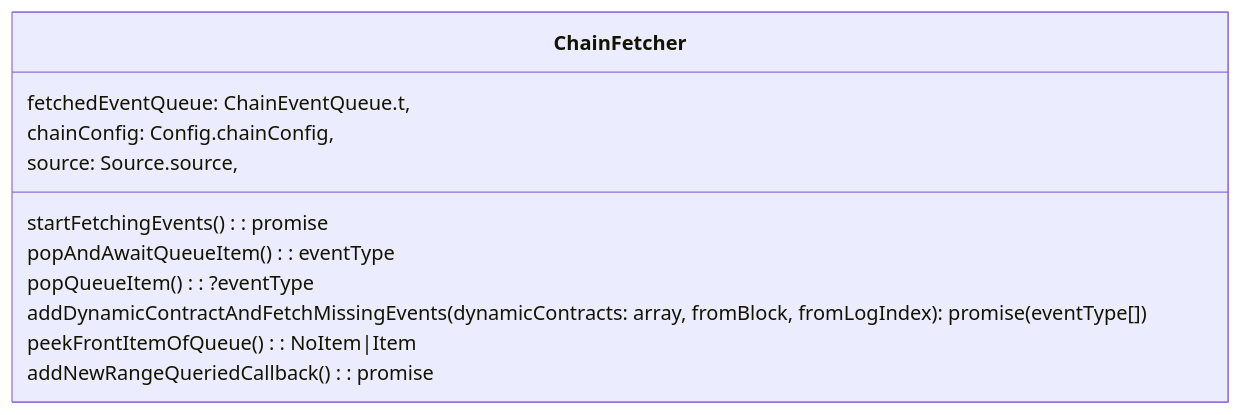
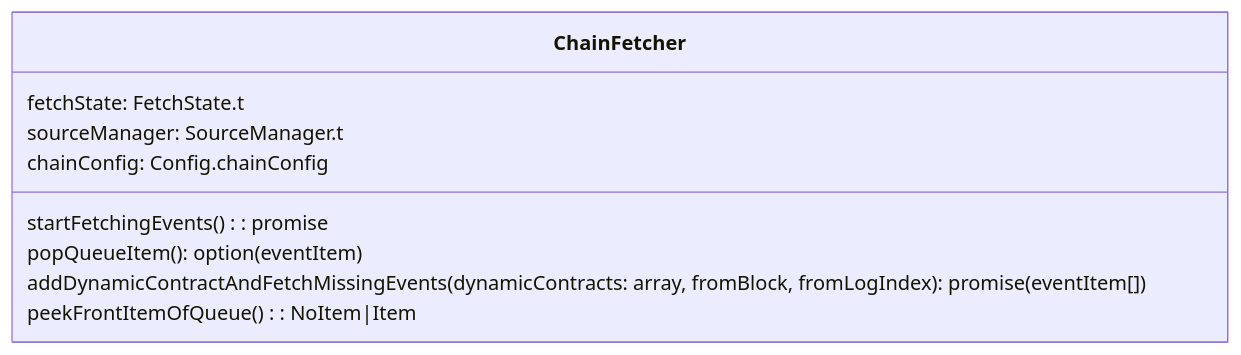
The second of 3 diagrams in internal_docs/EventFetchers.md (enviodev/hyperindex), drawn with Mermaid before and after one commit. The commit also changed other lines of this file and 3 other files, not shown here.

````diff
--- a/internal_docs/EventFetchers.md
+++ b/internal_docs/EventFetchers.md
@@ -31,15 +27,13 @@
 ```mermaid
 classDiagram
   class ChainFetcher {
-    fetchedEventQueue: ChainEventQueue.t,
-    chainConfig: Config.chainConfig,
-    source: Source.source,
+    fetchState: FetchState.t
+    sourceManager: SourceManager.t
+    chainConfig: Config.chainConfig
 
     startFetchingEvents(): promise
-    popAndAwaitQueueItem(): eventType
-    popQueueItem(): ?eventType
-    addDynamicContractAndFetchMissingEvents(dynamicContracts: array, fromBlock, fromLogIndex): promise(eventType[])
+    popQueueItem(): option(eventItem)
+    addDynamicContractAndFetchMissingEvents(dynamicContracts: array, fromBlock, fromLogIndex): promise(eventItem[])
     peekFrontItemOfQueue(): NoItem|Item
-    addNewRangeQueriedCallback(): promise
   }
 ```
````
